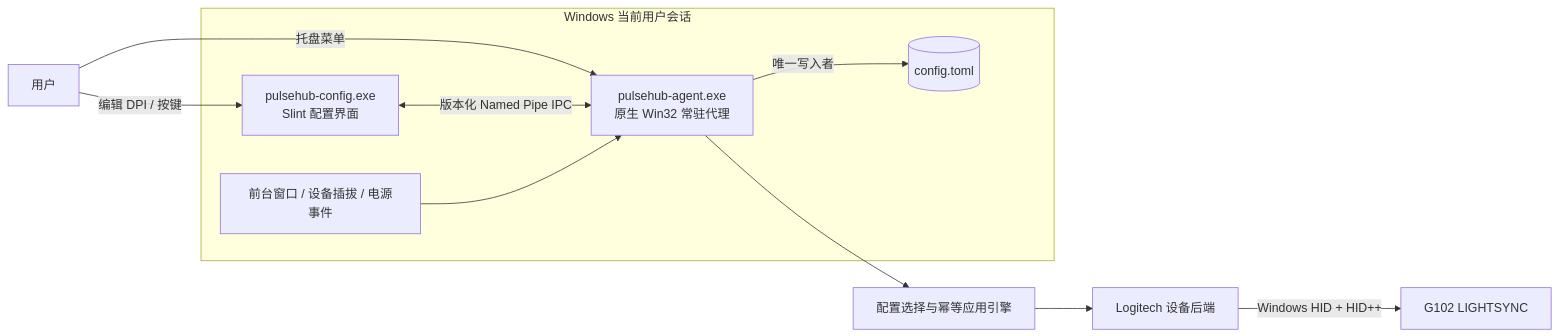
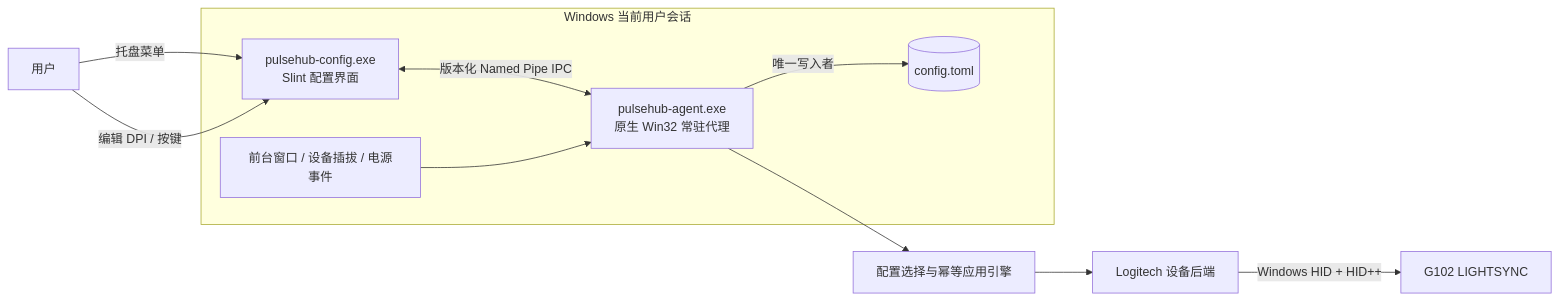
Before and after one commit to liukk222/PulseHub: the first of 4 diagrams in docs/IMPLEMENTATION.md, drawn with Mermaid. The commit also changed other lines of this file and 4 other files, not shown here.

```diff
--- a/docs/IMPLEMENTATION.md
+++ b/docs/IMPLEMENTATION.md
@@ -61,19 +61,19 @@
 ~~~mermaid
 flowchart LR
-    User["用户"] -->|"托盘菜单"| Agent
+    User["用户"] -->|"托盘菜单"| UI
     User -->|"编辑 DPI / 按键"| UI
 
     subgraph Session["Windows 当前用户会话"]
         Agent["pulsehub-agent.exe<br/>原生 Win32 常驻代理"]
         UI["pulsehub-config.exe<br/>Slint 配置界面"]
         Store[("config.toml")]
 
         UI <-->|"版本化 Named Pipe IPC"| Agent
         Agent -->|"唯一写入者"| Store
         Events["前台窗口 / 设备插拔 / 电源事件"] --> Agent
     end
 
     Agent --> Engine["配置选择与幂等应用引擎"]
     Engine --> Backend["Logitech 设备后端"]
     Backend -->|"Windows HID + HID++"| Mouse["G102 LIGHTSYNC"]
 ~~~
```
